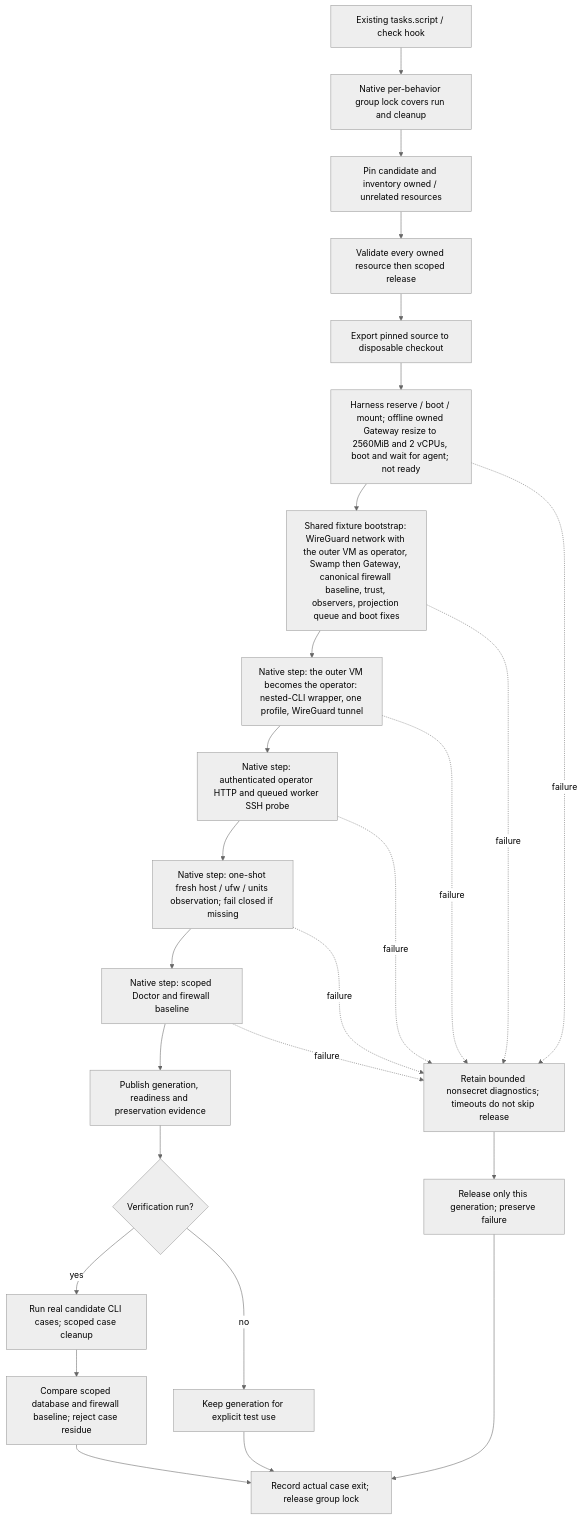
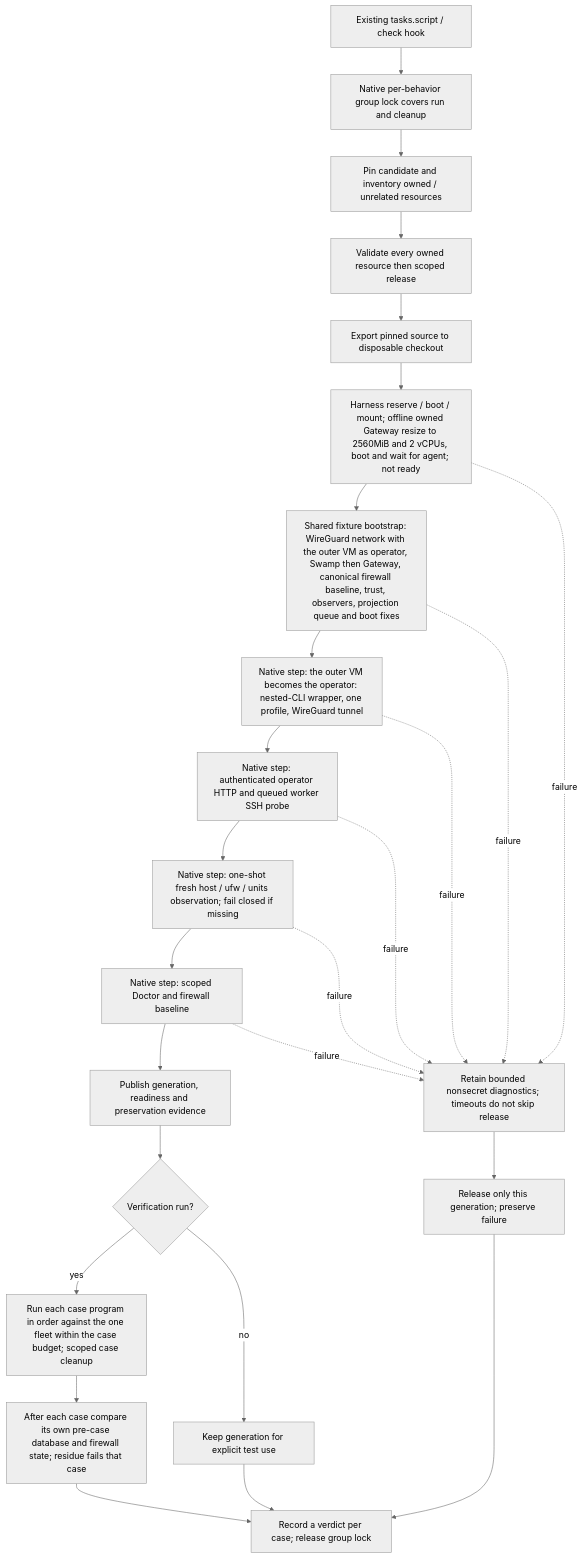
Before and after one commit to hardimpactdev/orbit: the diagram in swamp/proof/reset/reset.mmd, drawn with Mermaid (neutral theme). The commit also changed 90 other files, not shown here.

First line of the commit message:
feat(proof): proof:run admission, trust check, case selection and multi-case verify (S5a)

```diff
--- a/swamp/proof/reset/reset.mmd
+++ b/swamp/proof/reset/reset.mmd
@@ -1,26 +1,26 @@
 flowchart TD
   hook[Existing tasks.script / check hook] --> lock[Native per-behavior group lock covers run and cleanup]
   lock --> inventory[Pin candidate and inventory owned / unrelated resources]
   inventory --> release[Validate every owned resource then scoped release]
   release --> snapshot[Export pinned source to disposable checkout]
   snapshot --> prepare[Harness reserve / boot / mount; offline owned Gateway resize to 2560MiB and 2 vCPUs, boot and wait for agent; not ready]
   prepare --> fixture[Shared fixture bootstrap: WireGuard network with the outer VM as operator, Swamp then Gateway, canonical firewall baseline, trust, observers, projection queue and boot fixes]
   fixture --> operator[Native step: the outer VM becomes the operator: nested-CLI wrapper, one profile, WireGuard tunnel]
   operator --> transport[Native step: authenticated operator HTTP and queued worker SSH probe]
   transport --> facts[Native step: one-shot fresh host / ufw / units observation; fail closed if missing]
   facts --> readiness[Native step: scoped Doctor and firewall baseline]
   readiness --> result[Publish generation, readiness and preservation evidence]
   result --> cases{Verification run?}
-  cases -->|yes| commands[Run real candidate CLI cases; scoped case cleanup]
+  cases -->|yes| commands[Run each case program in order against the one fleet within the case budget; scoped case cleanup]
   cases -->|no| held[Keep generation for explicit test use]
-  commands --> baseline[Compare scoped database and firewall baseline; reject case residue]
-  baseline --> receipt[Record actual case exit; release group lock]
+  commands --> baseline[After each case compare its own pre-case database and firewall state; residue fails that case]
+  baseline --> receipt[Record a verdict per case; release group lock]
   held --> receipt
   prepare -. failure .-> diagnose[Retain bounded nonsecret diagnostics; timeouts do not skip release]
   fixture -. failure .-> diagnose
   operator -. failure .-> diagnose
   transport -. failure .-> diagnose
   facts -. failure .-> diagnose
   readiness -. failure .-> diagnose
   diagnose --> ownedCleanup[Release only this generation; preserve failure]
   ownedCleanup --> receipt
```
